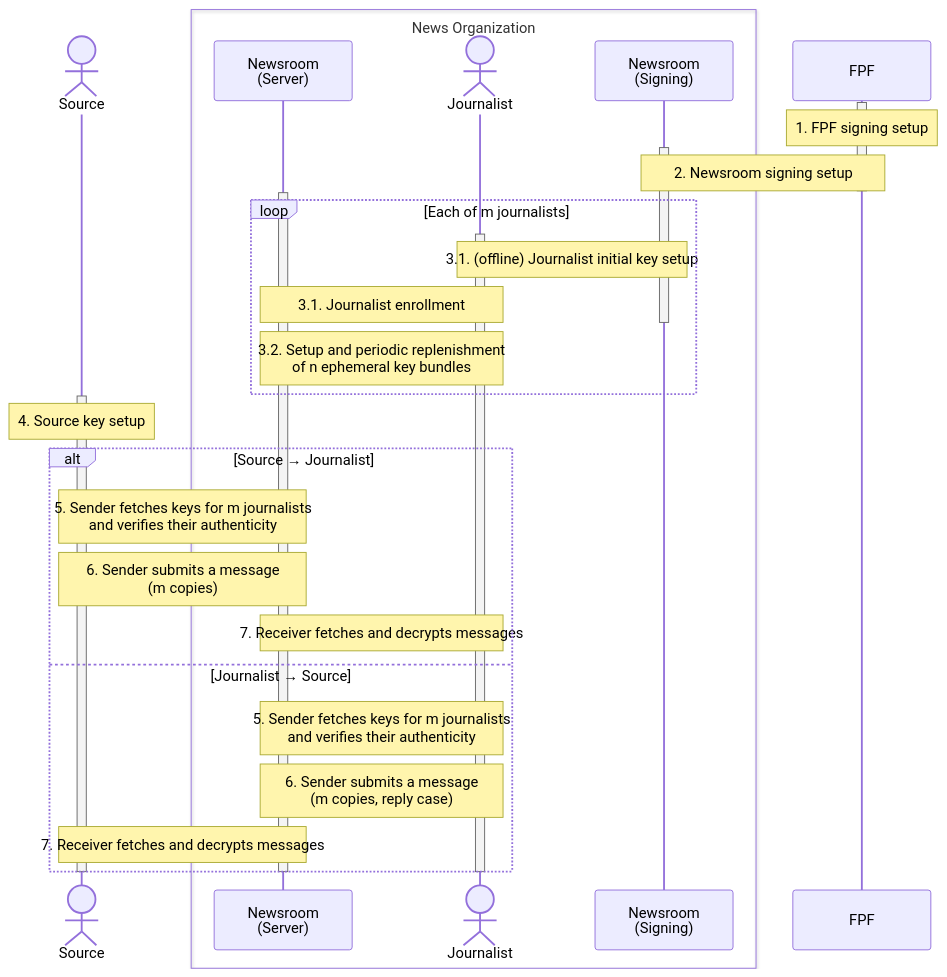
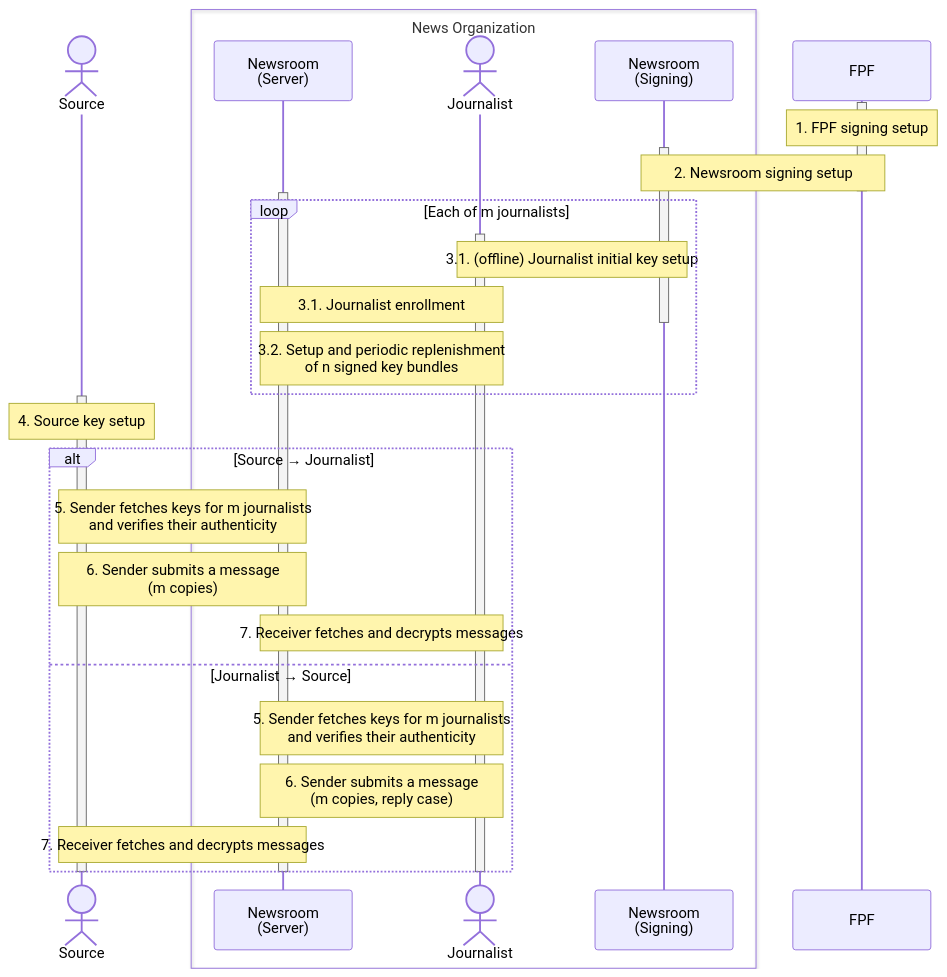
One commit to freedomofpress/securedrop-protocol changed the diagram in docs/protocol.md. Above: the diagram before and after it, drawn with Mermaid. The commit also changed other lines of this file, not shown here.

Commit message:
docs: journalists have signed key bundles

````diff
--- a/docs/protocol.md
+++ b/docs/protocol.md
@@ -71,45 +71,45 @@
 ```mermaid
 sequenceDiagram
 
 actor Source
 
 box News Organization
 participant Server as Newsroom<br>(Server)
 actor Journalist
 participant Newsroom as Newsroom<br>(Signing)
 end
 
 participant FPF
 
 activate FPF
 Note over FPF: 1. FPF signing setup
 
 activate Newsroom
 Note over Newsroom, FPF: 2. Newsroom signing setup
 deactivate FPF
 
 activate Server
 loop Each of m journalists
 activate Journalist
 Note over Journalist, Newsroom: 3.1. (offline) Journalist initial key setup
 Note over Server, Journalist: 3.1. Journalist enrollment
 deactivate Newsroom
 
-Note over Journalist, Server: 3.2. Setup and periodic replenishment<br>of n ephemeral key bundles
+Note over Journalist, Server: 3.2. Setup and periodic replenishment<br>of n signed key bundles
 end
 
 activate Source
 Note over Source: 4. Source key setup
 alt Source → Journalist
 Note over Source, Server: 5. Sender fetches keys for m journalists<br>and verifies their authenticity
 Note over Source, Server: 6. Sender submits a message<br>(m copies)
 Note over Server, Journalist: 7. Receiver fetches and decrypts messages
 else Journalist → Source
 Note over Journalist, Server: 5. Sender fetches keys for m journalists<br>and verifies their authenticity
 Note over Server, Journalist: 6. Sender submits a message<br>(m copies, reply case)
 Note over Source, Server: 7. Receiver fetches and decrypts messages
 end
 deactivate Source
 deactivate Journalist
 deactivate Server
 ```
````
